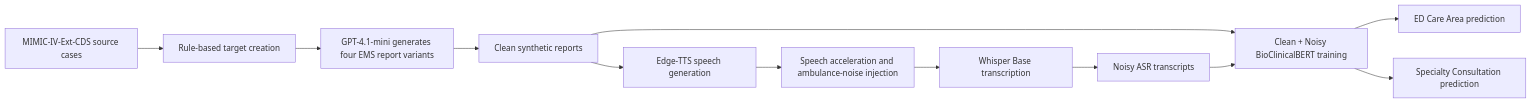
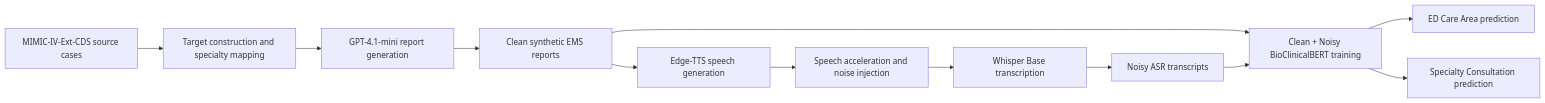
One commit to nofarGIT1/medalert-llm-ems-voice-ed-classification changed the diagram in README.md. Above: the diagram before and after it, drawn with Mermaid. The commit also changed other lines of this file, not shown here.

````diff
--- a/README.md
+++ b/README.md
@@ -101,16 +118,16 @@
 ```mermaid
 flowchart LR
-    A[MIMIC-IV-Ext-CDS source cases] --> B[Rule-based target creation]
-    B --> C[GPT-4.1-mini generates four EMS report variants]
-    C --> D[Clean synthetic reports]
+    A[MIMIC-IV-Ext-CDS source cases] --> B[Target construction and specialty mapping]
+    B --> C[GPT-4.1-mini report generation]
+    C --> D[Clean synthetic EMS reports]
     D --> E[Edge-TTS speech generation]
-    E --> F[Speech acceleration and ambulance-noise injection]
+    E --> F[Speech acceleration and noise injection]
     F --> G[Whisper Base transcription]
     G --> H[Noisy ASR transcripts]
 
     D --> I[Clean + Noisy BioClinicalBERT training]
     H --> I
 
     I --> J[ED Care Area prediction]
     I --> K[Specialty Consultation prediction]
 ```
````
